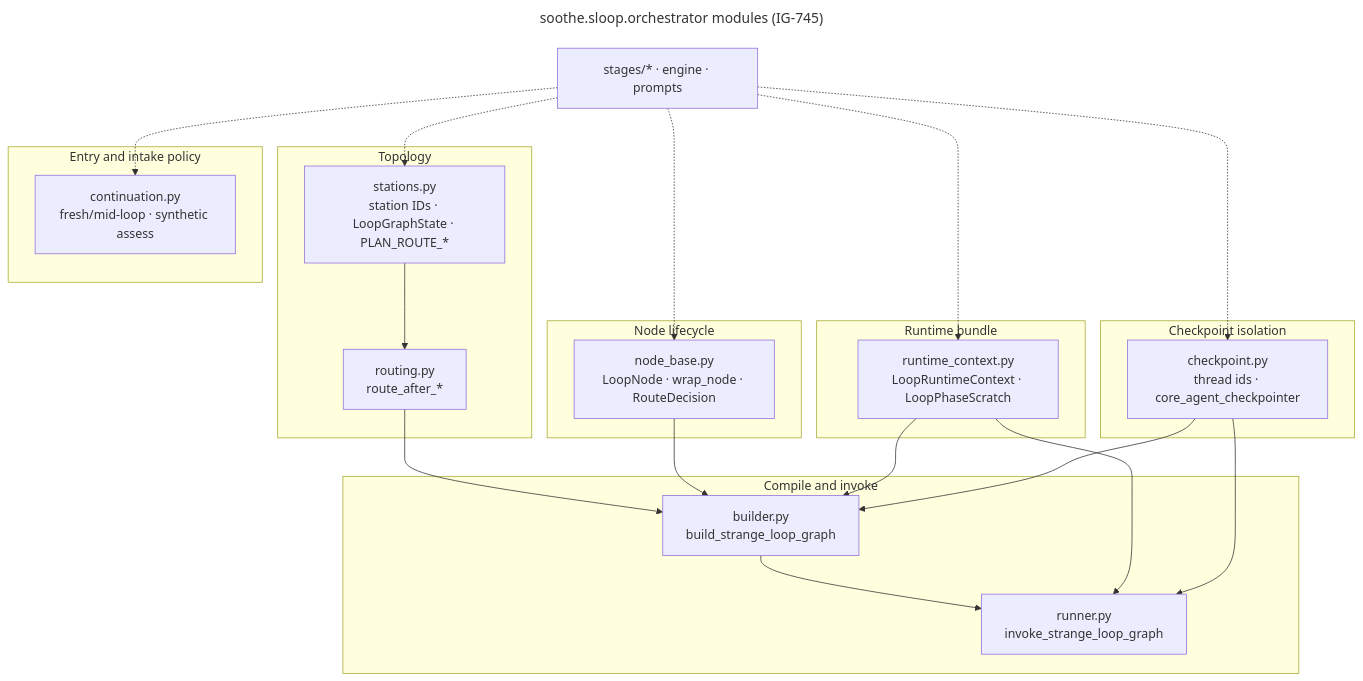
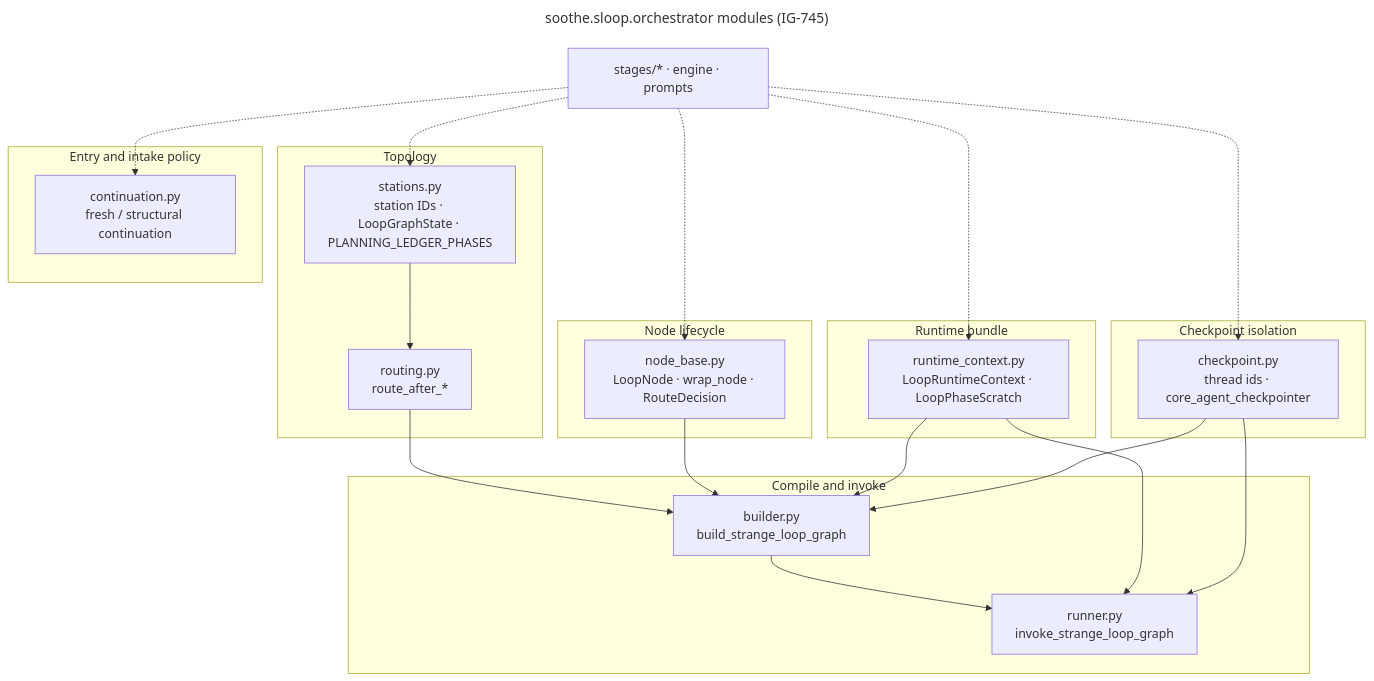
The diagram in docs/diagrams/orchestrator_modules.mmd (OpenSoothe/soothe), drawn with Mermaid before and after one commit. The commit also changed 11 other files, not shown here.

Commit message:
docs(sloop): sync diagrams and wiki to RFC-904 dispatch topology (IG-753)

```diff
--- a/docs/diagrams/orchestrator_modules.mmd
+++ b/docs/diagrams/orchestrator_modules.mmd
@@ -1,47 +1,47 @@
 ---
 title: soothe.sloop.orchestrator modules (IG-745)
 config:
   flowchart:
     curve: basis
     htmlLabels: true
 ---
 flowchart TB
   subgraph invoke [Compile and invoke]
     builder[builder.py<br/>build_strange_loop_graph]
     runner[runner.py<br/>invoke_strange_loop_graph]
     builder --> runner
   end
 
   subgraph topology [Topology]
-    stations[stations.py<br/>station IDs · LoopGraphState · PLAN_ROUTE_*]
+    stations[stations.py<br/>station IDs · LoopGraphState · PLANNING_LEDGER_PHASES]
     routing[routing.py<br/>route_after_*]
     stations --> routing
     routing --> builder
   end
 
   subgraph lifecycle [Node lifecycle]
     node_base[node_base.py<br/>LoopNode · wrap_node · RouteDecision]
     node_base --> builder
   end
 
   subgraph runtime [Runtime bundle]
     runtime_context[runtime_context.py<br/>LoopRuntimeContext · LoopPhaseScratch]
     runtime_context --> builder
     runtime_context --> runner
   end
 
   subgraph policy [Entry and intake policy]
-    continuation[continuation.py<br/>fresh/mid-loop · synthetic assess]
+    continuation[continuation.py<br/>fresh / structural continuation]
   end
 
   subgraph ckpt [Checkpoint isolation]
     checkpoint[checkpoint.py<br/>thread ids · core_agent_checkpointer]
     checkpoint --> builder
     checkpoint --> runner
   end
 
   stages[stages/* · engine · prompts] -.-> runtime_context
   stages -.-> continuation
   stages -.-> stations
   stages -.-> checkpoint
   stages -.-> node_base
```
